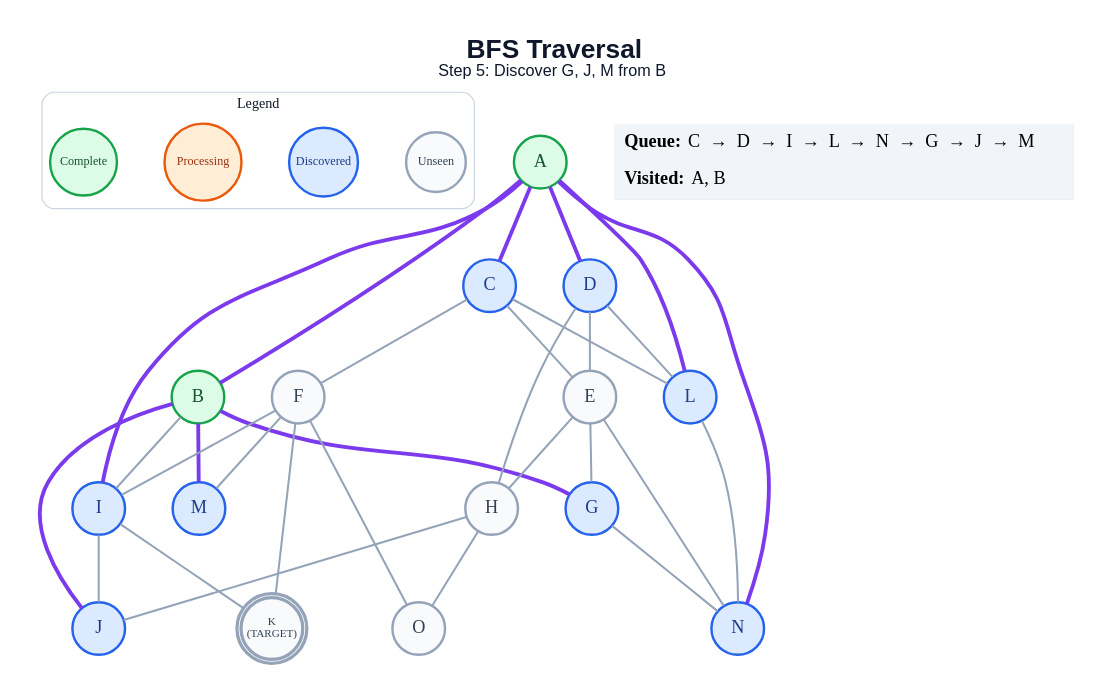
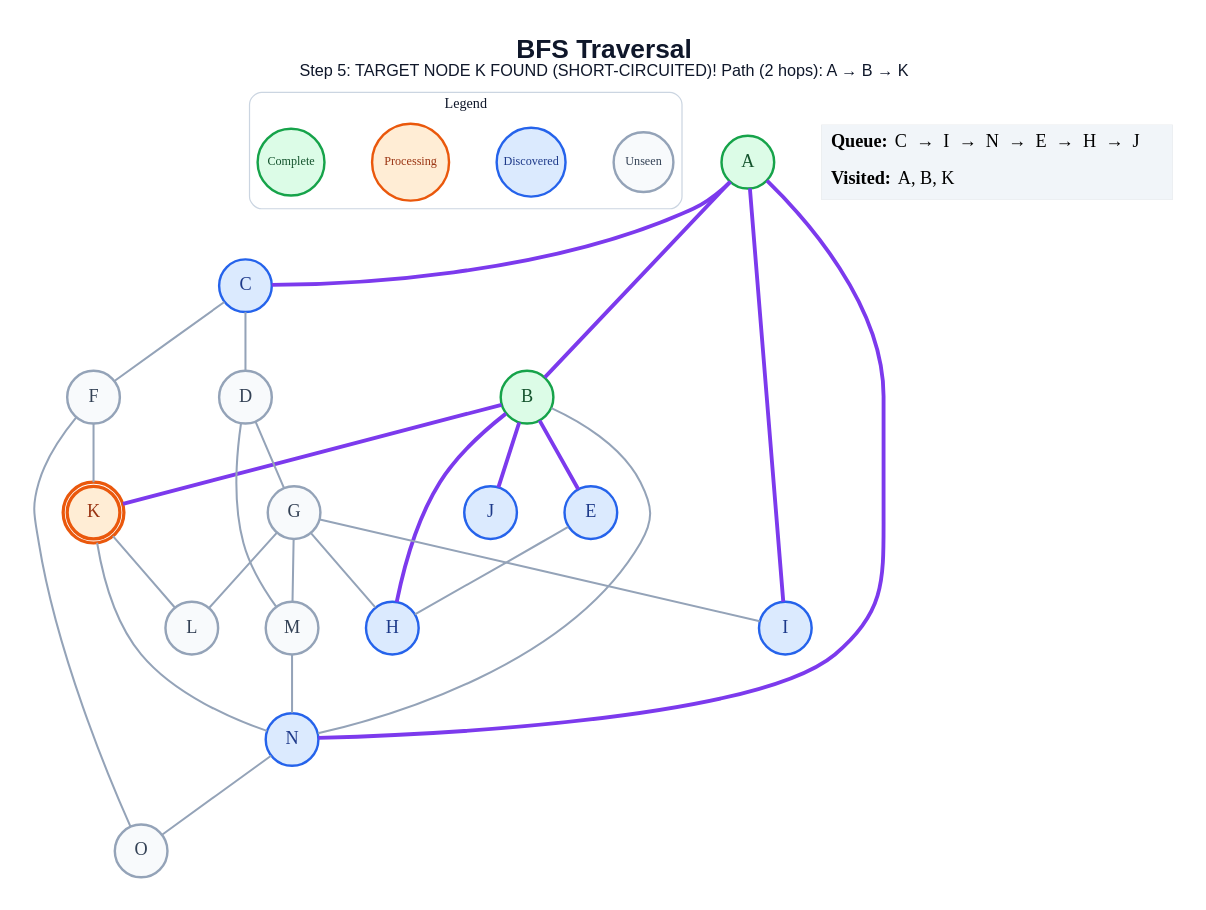
One commit to anon7238593-create/ai-slop changed the diagram in generated/short-circuit/bfs/step_05.dot. Above: the diagram before and after it, drawn with Graphviz. The commit also changed 281 other files, not shown here.

```diff
--- a/generated/short-circuit/bfs/step_05.dot
+++ b/generated/short-circuit/bfs/step_05.dot
@@ -1,63 +1,58 @@
 graph traversal {
   graph [layout=dot, rankdir=TB, bgcolor="#FFFFFF", pad="0.35", nodesep="0.65", ranksep="0.8", fontname="Arial"];
   node [shape=circle, style="filled", fontname="Arial Bold", fontsize=18, width=0.72, fixedsize=true, penwidth=2.4];
   edge [color="#94A3B8", penwidth=2.0];
-  label=<<B>BFS Traversal</B><BR/><FONT POINT-SIZE="16">Step 5: Discover G, J, M from B</FONT>>; labelloc="t"; fontsize=26; fontname="Arial"; fontcolor="#0F172A";
+  label=<<B>BFS Traversal</B><BR/><FONT POINT-SIZE="16">Step 5: TARGET NODE K FOUND (SHORT-CIRCUITED)! Path (2 hops): A → B → K</FONT>>; labelloc="t"; fontsize=26; fontname="Arial"; fontcolor="#0F172A";
   subgraph cluster_legend { label="Legend"; color="#CBD5E1"; penwidth=1.2; style="rounded"; fontsize=14; fontname="Arial Bold";
     key_unseen [label="Unseen", fillcolor="#F8FAFC", color="#94A3B8", fontcolor="#334155", fontsize=12, width=0.82];
     key_frontier [label="Discovered", fillcolor="#DBEAFE", color="#2563EB", fontcolor="#1E3A8A", fontsize=12, width=0.95];
     key_current [label="Processing", fillcolor="#FFEDD5", color="#EA580C", fontcolor="#9A3412", fontsize=12, width=1.05];
     key_done [label="Complete", fillcolor="#DCFCE7", color="#16A34A", fontcolor="#14532D", fontsize=12, width=0.92];
     { rank=same; key_unseen; key_frontier; key_current; key_done; }
   }
   A [label="A", fillcolor="#DCFCE7", color="#16A34A", fontcolor="#14532D", peripheries=1, penwidth=2.4];
   B [label="B", fillcolor="#DCFCE7", color="#16A34A", fontcolor="#14532D", peripheries=1, penwidth=2.4];
   C [label="C", fillcolor="#DBEAFE", color="#2563EB", fontcolor="#1E3A8A", peripheries=1, penwidth=2.4];
-  D [label="D", fillcolor="#DBEAFE", color="#2563EB", fontcolor="#1E3A8A", peripheries=1, penwidth=2.4];
-  E [label="E", fillcolor="#F8FAFC", color="#94A3B8", fontcolor="#334155", peripheries=1, penwidth=2.4];
+  D [label="D", fillcolor="#F8FAFC", color="#94A3B8", fontcolor="#334155", peripheries=1, penwidth=2.4];
+  E [label="E", fillcolor="#DBEAFE", color="#2563EB", fontcolor="#1E3A8A", peripheries=1, penwidth=2.4];
   F [label="F", fillcolor="#F8FAFC", color="#94A3B8", fontcolor="#334155", peripheries=1, penwidth=2.4];
-  G [label="G", fillcolor="#DBEAFE", color="#2563EB", fontcolor="#1E3A8A", peripheries=1, penwidth=2.4];
-  H [label="H", fillcolor="#F8FAFC", color="#94A3B8", fontcolor="#334155", peripheries=1, penwidth=2.4];
+  G [label="G", fillcolor="#F8FAFC", color="#94A3B8", fontcolor="#334155", peripheries=1, penwidth=2.4];
+  H [label="H", fillcolor="#DBEAFE", color="#2563EB", fontcolor="#1E3A8A", peripheries=1, penwidth=2.4];
   I [label="I", fillcolor="#DBEAFE", color="#2563EB", fontcolor="#1E3A8A", peripheries=1, penwidth=2.4];
   J [label="J", fillcolor="#DBEAFE", color="#2563EB", fontcolor="#1E3A8A", peripheries=1, penwidth=2.4];
-  K [label="K\n(TARGET)", fillcolor="#F8FAFC", color="#94A3B8", fontcolor="#334155", peripheries=2, penwidth=3.2, fontsize=11, width=0.85, height=0.85];
-  L [label="L", fillcolor="#DBEAFE", color="#2563EB", fontcolor="#1E3A8A", peripheries=1, penwidth=2.4];
-  M [label="M", fillcolor="#DBEAFE", color="#2563EB", fontcolor="#1E3A8A", peripheries=1, penwidth=2.4];
+  K [label="K", fillcolor="#FFEDD5", color="#EA580C", fontcolor="#9A3412", peripheries=2, penwidth=3.2];
+  L [label="L", fillcolor="#F8FAFC", color="#94A3B8", fontcolor="#334155", peripheries=1, penwidth=2.4];
+  M [label="M", fillcolor="#F8FAFC", color="#94A3B8", fontcolor="#334155", peripheries=1, penwidth=2.4];
   N [label="N", fillcolor="#DBEAFE", color="#2563EB", fontcolor="#1E3A8A", peripheries=1, penwidth=2.4];
   O [label="O", fillcolor="#F8FAFC", color="#94A3B8", fontcolor="#334155", peripheries=1, penwidth=2.4];
   A -- B [color="#7C3AED", penwidth=3.8];
   A -- C [color="#7C3AED", penwidth=3.8];
-  A -- D [color="#7C3AED", penwidth=3.8];
   A -- I [color="#7C3AED", penwidth=3.8];
-  A -- L [color="#7C3AED", penwidth=3.8];
   A -- N [color="#7C3AED", penwidth=3.8];
-  B -- G [color="#7C3AED", penwidth=3.8];
-  B -- I;
+  B -- E [color="#7C3AED", penwidth=3.8];
+  B -- H [color="#7C3AED", penwidth=3.8];
   B -- J [color="#7C3AED", penwidth=3.8];
-  B -- M [color="#7C3AED", penwidth=3.8];
-  C -- E;
+  B -- K [color="#7C3AED", penwidth=3.8];
+  B -- N;
+  C -- D;
   C -- F;
-  C -- L;
-  D -- E;
-  D -- H;
-  D -- L;
-  E -- G;
+  D -- G;
+  D -- M;
   E -- H;
-  E -- N;
-  F -- I;
   F -- K;
-  F -- M;
   F -- O;
-  G -- N;
-  H -- J;
-  H -- O;
-  I -- J;
-  I -- K;
-  L -- N;
+  G -- H;
+  G -- I;
+  G -- L;
+  G -- M;
+  K -- L;
+  K -- N;
+  M -- N;
+  N -- O;
   status [shape=plain, fixedsize=false, width=0, height=0, margin=0, label=<
     <TABLE BORDER="0" CELLBORDER="0" CELLPADDING="7" BGCOLOR="#F1F5F9">
-      <TR><TD ALIGN="LEFT"><B>Queue:</B> C  →  D  →  I  →  L  →  N  →  G  →  J  →  M</TD></TR>
-      <TR><TD ALIGN="LEFT"><B>Visited:</B> A, B</TD></TR>
+      <TR><TD ALIGN="LEFT"><B>Queue:</B> C  →  I  →  N  →  E  →  H  →  J</TD></TR>
+      <TR><TD ALIGN="LEFT"><B>Visited:</B> A, B, K</TD></TR>
     </TABLE>
   >];
 }
```
